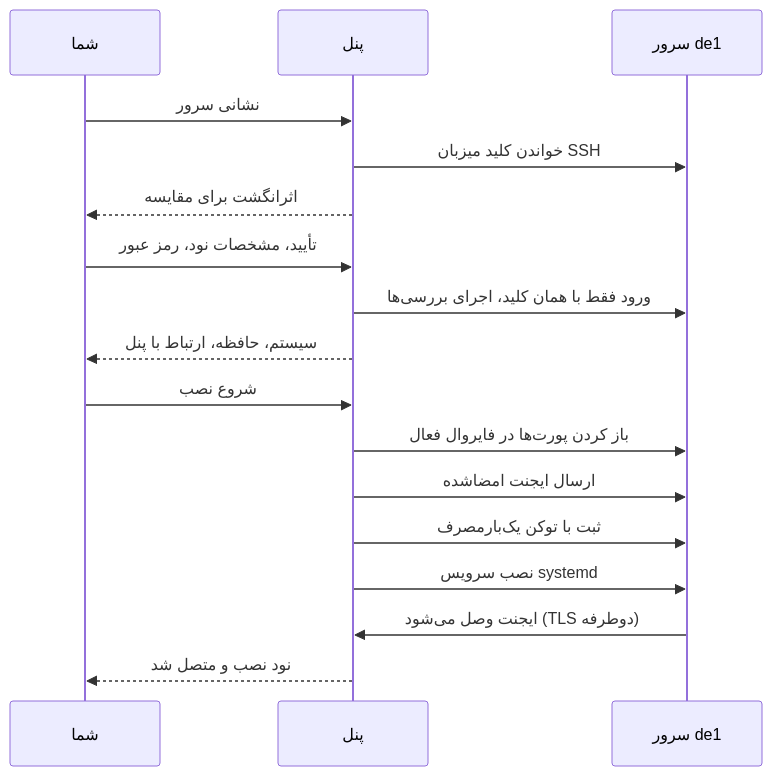
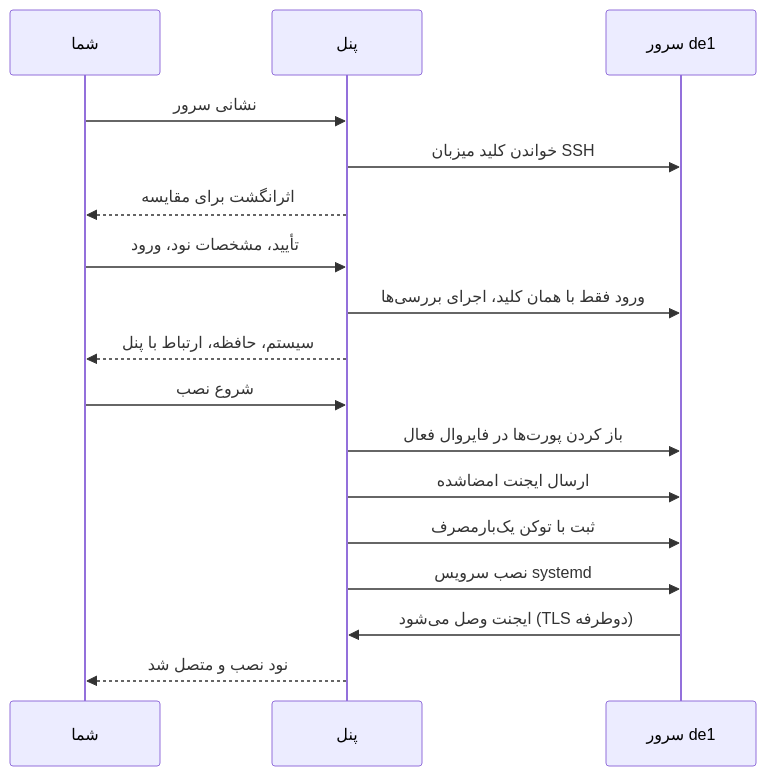
Before and after one commit to Mistgate/mistgate: the diagram in docs/fa/getting-started/ssh-install.md, drawn with Mermaid. The commit also changed other lines of this file and 31 other files, not shown here.

````diff
--- a/docs/fa/getting-started/ssh-install.md
+++ b/docs/fa/getting-started/ssh-install.md
@@ -24,21 +24,21 @@
 ```mermaid
 sequenceDiagram
   accTitle: نصب نود از راه SSH
   accDescr: شما نشانی سرور را می‌دهید و کلید میزبانش را تأیید می‌کنید؛ پنل فقط با همان کلید وارد می‌شود، سرور را بررسی می‌کند، پورت‌ها را باز می‌کند، ایجنت امضاشده را می‌فرستد، با توکنی یک‌بارمصرف ثبتش می‌کند، سرویس را نصب می‌کند و منتظر می‌ماند ایجنت وصل شود.
   participant Y as شما
   participant P as پنل
   participant S as سرور de1
   Y->>P: نشانی سرور
   P->>S: خواندن کلید میزبان SSH
   P-->>Y: اثرانگشت برای مقایسه
-  Y->>P: تأیید، مشخصات نود، رمز عبور
+  Y->>P: تأیید، مشخصات نود، ورود
   P->>S: ورود فقط با همان کلید، اجرای بررسی‌ها
   P-->>Y: سیستم، حافظه، ارتباط با پنل
   Y->>P: شروع نصب
   P->>S: باز کردن پورت‌ها در فایروال فعال
   P->>S: ارسال ایجنت امضاشده
   P->>S: ثبت با توکن یک‌بارمصرف
   P->>S: نصب سرویس systemd
   S->>P: ایجنت وصل می‌شود (TLS دوطرفه)
   P-->>Y: نود نصب و متصل شد
 ```
````
